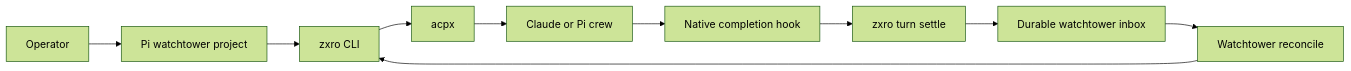
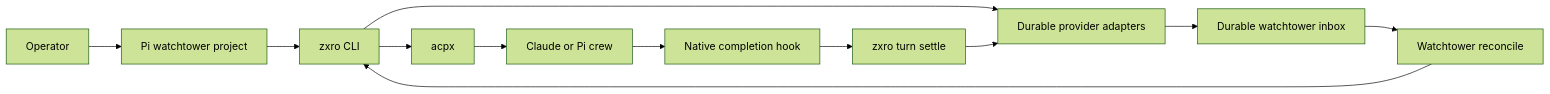
Before and after one commit to odjhey/zxro: the diagram in docs/architecture/product-architecture.md, drawn with Mermaid (forest theme). The commit also changed other lines of this file and 8 other files, not shown here.

Commit message:
docs: define durable store provider contract (#3)

````diff
--- a/docs/architecture/product-architecture.md
+++ b/docs/architecture/product-architecture.md
@@ -69,12 +93,14 @@
 ```mermaid
 flowchart LR
     O[Operator] --> W[Pi watchtower project]
     W --> Z[zxro CLI]
+    Z --> S[Durable provider adapters]
     Z --> A[acpx]
     A --> C1[Claude or Pi crew]
     C1 --> H[Native completion hook]
     H --> Z2[zxro turn settle]
-    Z2 --> I[Durable watchtower inbox]
+    Z2 --> S
+    S --> I[Durable watchtower inbox]
     I --> W2[Watchtower reconcile]
     W2 --> Z
 ```
````
